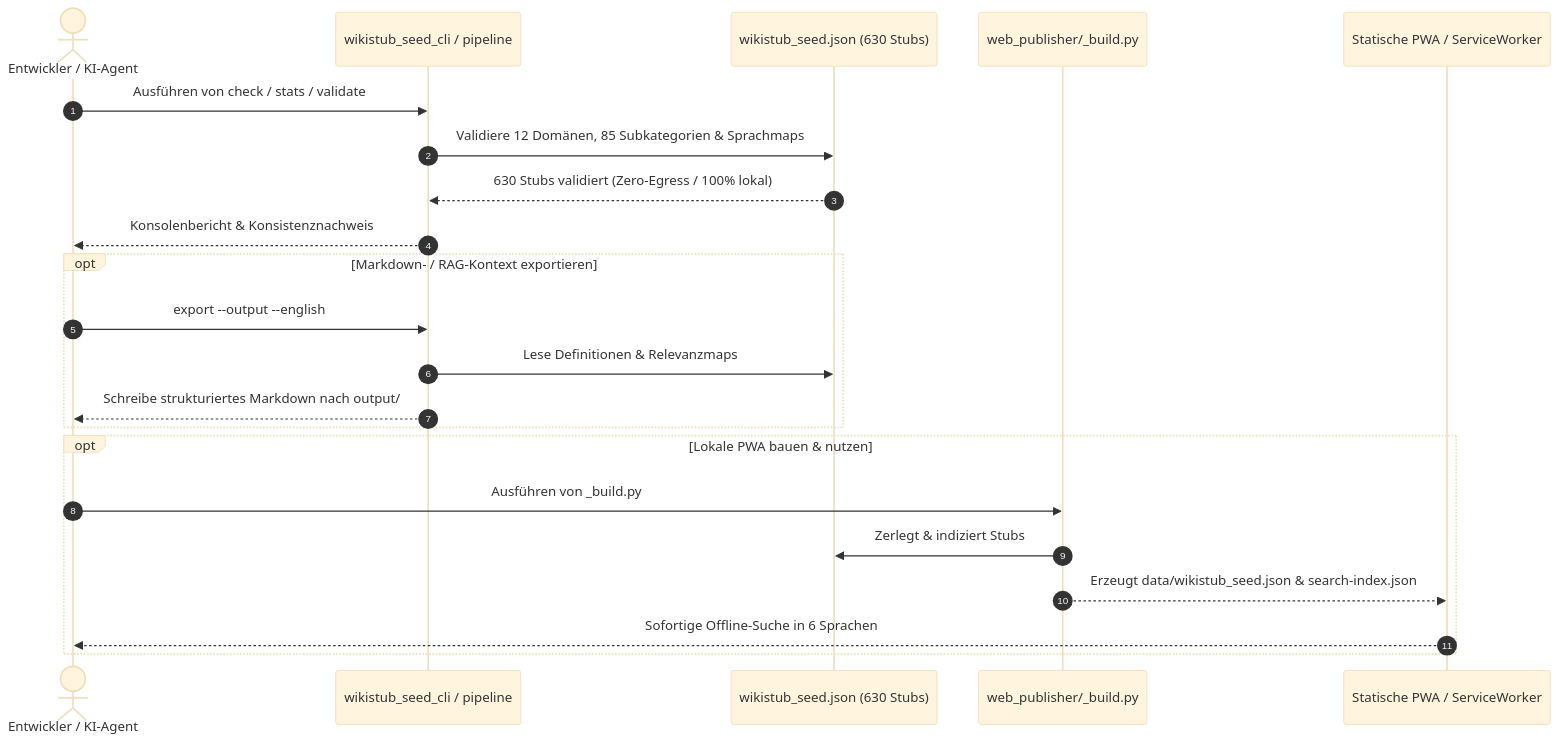
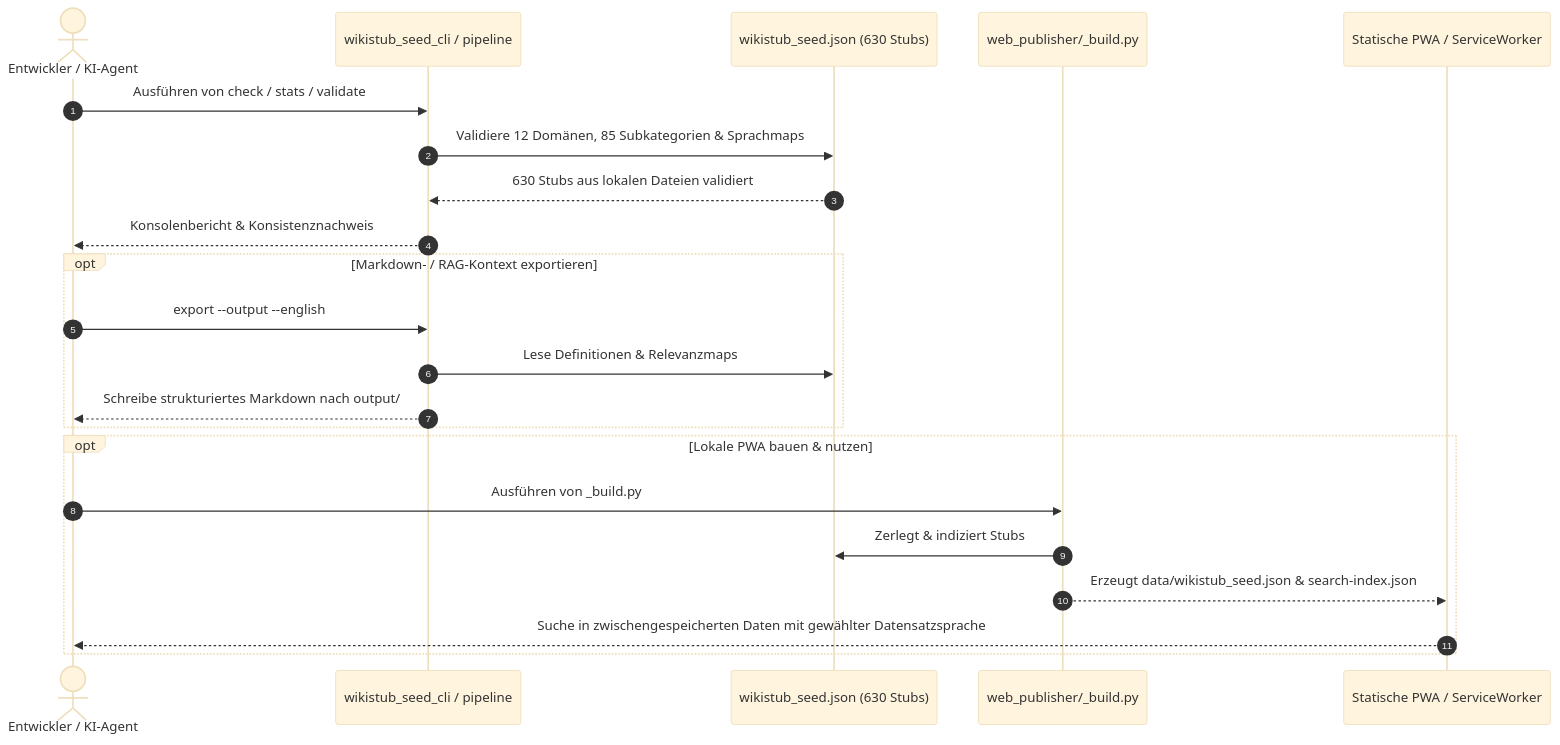
Before and after one commit to dev-bricks/WikiStub-Seed: the second of 2 diagrams in README_de.md, drawn with Mermaid (base theme). The commit also changed other lines of this file and 32 other files, not shown here.

````diff
--- a/README_de.md
+++ b/README_de.md
@@ -122,27 +115,27 @@
 ```mermaid
 sequenceDiagram
     autonumber
     actor User as Entwickler / KI-Agent
     participant CLI as wikistub_seed_cli / pipeline
     participant Data as wikistub_seed.json (630 Stubs)
     participant Builder as web_publisher/_build.py
     participant PWA as Statische PWA / ServiceWorker
     
     User->>CLI: Ausführen von check / stats / validate
     CLI->>Data: Validiere 12 Domänen, 85 Subkategorien & Sprachmaps
-    Data-->>CLI: 630 Stubs validiert (Zero-Egress / 100% lokal)
+    Data-->>CLI: 630 Stubs aus lokalen Dateien validiert
     CLI-->>User: Konsolenbericht & Konsistenznachweis
     
     opt Markdown- / RAG-Kontext exportieren
         User->>CLI: export --output --english
         CLI->>Data: Lese Definitionen & Relevanzmaps
         CLI-->>User: Schreibe strukturiertes Markdown nach output/
     end
     
     opt Lokale PWA bauen & nutzen
         User->>Builder: Ausführen von _build.py
         Builder->>Data: Zerlegt & indiziert Stubs
         Builder-->>PWA: Erzeugt data/wikistub_seed.json & search-index.json
-        PWA-->>User: Sofortige Offline-Suche in 6 Sprachen
+    PWA-->>User: Suche in zwischengespeicherten Daten mit gewählter Datensatzsprache
     end
 ```
````
